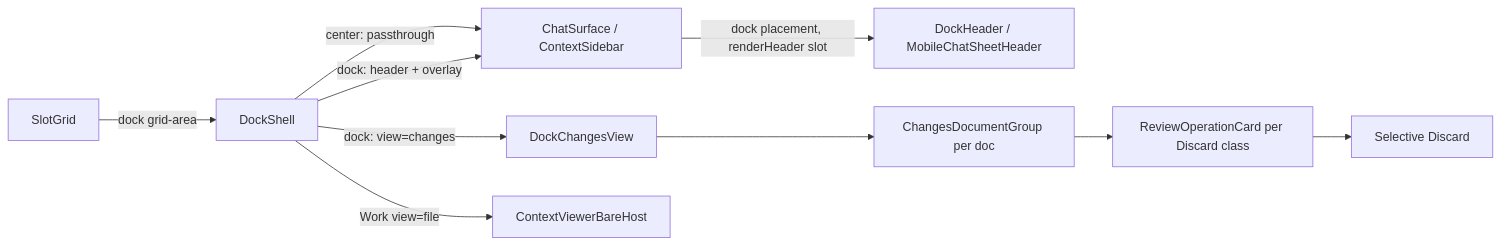
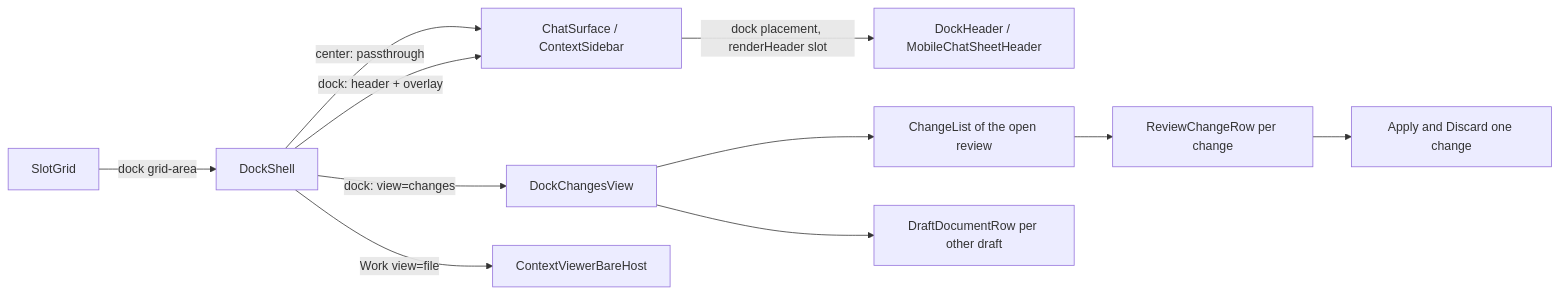
The diagram in apps/app/src/features/project/dock/.context/CONTEXT.md (haowjy/meridian-flow), drawn with Mermaid before and after one commit. The commit also changed other lines of this file and 13 other files, not shown here.

Commit message:
docs(app): review controls context, change list and locale catalogs

````diff
--- a/apps/app/src/features/project/dock/.context/CONTEXT.md
+++ b/apps/app/src/features/project/dock/.context/CONTEXT.md
@@ -120,12 +129,13 @@
 ```mermaid
 flowchart LR
     Grid[SlotGrid] -->|dock grid-area| DockShell
     DockShell -->|center: passthrough| Occupant[ChatSurface / ContextSidebar]
     DockShell -->|dock: header + overlay| Occupant
 DockShell -->|dock: view=changes| Changes[DockChangesView]
 DockShell -->|Work view=file| File[ContextViewerBareHost]
     Occupant -->|dock placement, renderHeader slot| Header[DockHeader / MobileChatSheetHeader]
-    Changes --> DocGroup[ChangesDocumentGroup per doc]
-    DocGroup --> Card[ReviewOperationCard per Discard class]
-    Card --> Verbs[Selective Discard]
+    Changes --> List[ChangeList of the open review]
+    List --> Row[ReviewChangeRow per change]
+    Row --> Verbs[Apply and Discard one change]
+    Changes --> Other[DraftDocumentRow per other draft]
 ```
````
